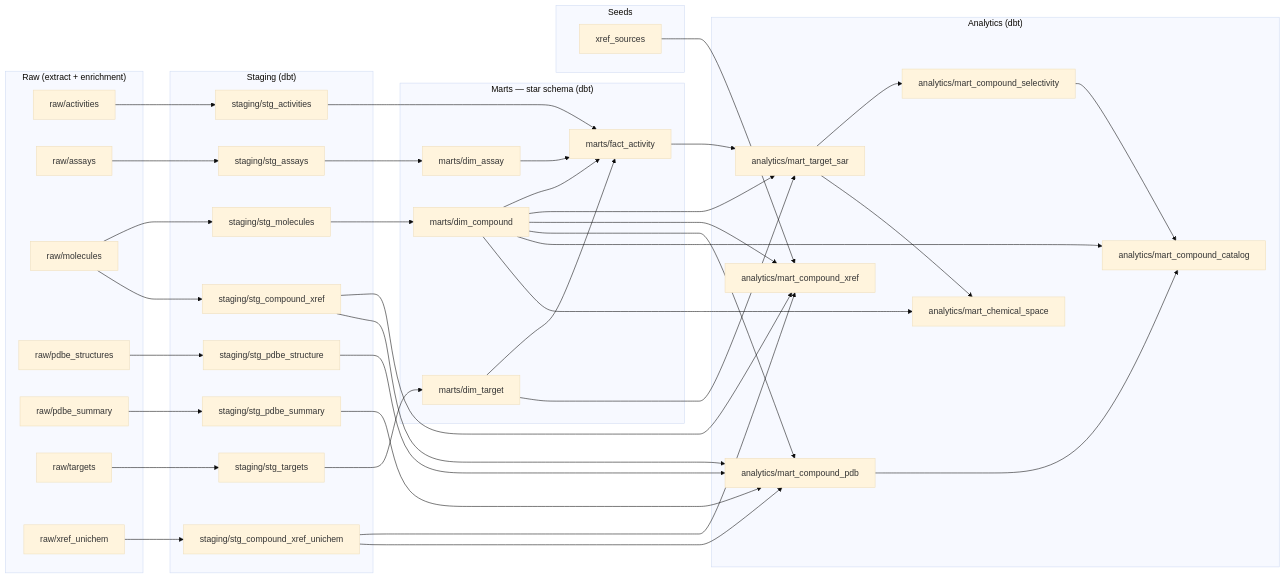
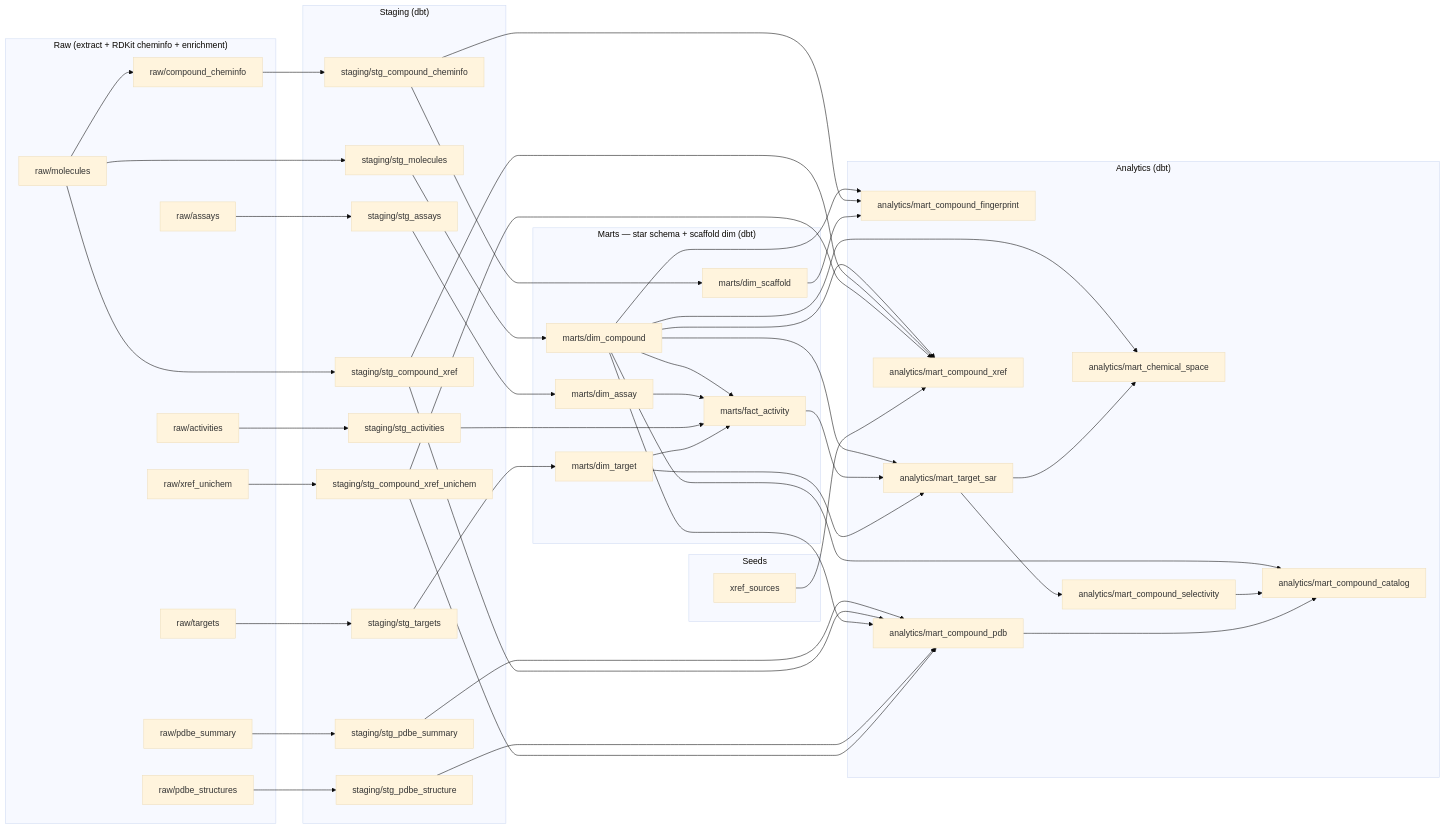
The diagram in docs/ORCHESTRATION.md (Knusperftw/SARVault), drawn with Mermaid (base theme) before and after one commit. The commit also changed 15 other files, not shown here.

Commit message:
feat(cheminfo): RDKit ECFP4 + Murcko scaffold stage; dim_scaffold + mart_compound_fingerprint

````diff
--- a/docs/ORCHESTRATION.md
+++ b/docs/ORCHESTRATION.md
@@ -20,72 +20,82 @@
 ```mermaid
 flowchart LR
-  subgraph raw["Raw (extract + enrichment)"]
+  subgraph raw["Raw (extract + RDKit cheminfo + enrichment)"]
     raw_activities["raw/activities"]
     raw_assays["raw/assays"]
+    raw_compound_cheminfo["raw/compound_cheminfo"]
     raw_molecules["raw/molecules"]
     raw_pdbe_structures["raw/pdbe_structures"]
     raw_pdbe_summary["raw/pdbe_summary"]
     raw_targets["raw/targets"]
     raw_xref_unichem["raw/xref_unichem"]
   end
   subgraph staging["Staging (dbt)"]
     staging_stg_activities["staging/stg_activities"]
     staging_stg_assays["staging/stg_assays"]
+    staging_stg_compound_cheminfo["staging/stg_compound_cheminfo"]
     staging_stg_compound_xref["staging/stg_compound_xref"]
     staging_stg_compound_xref_unichem["staging/stg_compound_xref_unichem"]
     staging_stg_molecules["staging/stg_molecules"]
     staging_stg_pdbe_structure["staging/stg_pdbe_structure"]
     staging_stg_pdbe_summary["staging/stg_pdbe_summary"]
     staging_stg_targets["staging/stg_targets"]
   end
-  subgraph marts["Marts — star schema (dbt)"]
+  subgraph marts["Marts — star schema + scaffold dim (dbt)"]
     marts_dim_assay["marts/dim_assay"]
     marts_dim_compound["marts/dim_compound"]
+    marts_dim_scaffold["marts/dim_scaffold"]
     marts_dim_target["marts/dim_target"]
     marts_fact_activity["marts/fact_activity"]
   end
   subgraph analytics["Analytics (dbt)"]
     analytics_mart_chemical_space["analytics/mart_chemical_space"]
     analytics_mart_compound_catalog["analytics/mart_compound_catalog"]
+    analytics_mart_compound_fingerprint["analytics/mart_compound_fingerprint"]
     analytics_mart_compound_pdb["analytics/mart_compound_pdb"]
     analytics_mart_compound_selectivity["analytics/mart_compound_selectivity"]
     analytics_mart_compound_xref["analytics/mart_compound_xref"]
     analytics_mart_target_sar["analytics/mart_target_sar"]
   end
   subgraph seed["Seeds"]
     xref_sources["xref_sources"]
   end
   marts_dim_compound --> analytics_mart_chemical_space
   analytics_mart_target_sar --> analytics_mart_chemical_space
   marts_dim_compound --> analytics_mart_compound_catalog
   analytics_mart_compound_selectivity --> analytics_mart_compound_catalog
   analytics_mart_compound_pdb --> analytics_mart_compound_catalog
-  staging_stg_compound_xref_unichem --> analytics_mart_compound_pdb
+  marts_dim_compound --> analytics_mart_compound_fingerprint
+  staging_stg_compound_cheminfo --> analytics_mart_compound_fingerprint
+  marts_dim_scaffold --> analytics_mart_compound_fingerprint
   staging_stg_pdbe_summary --> analytics_mart_compound_pdb
+  staging_stg_compound_xref --> analytics_mart_compound_pdb
   marts_dim_compound --> analytics_mart_compound_pdb
   staging_stg_pdbe_structure --> analytics_mart_compound_pdb
-  staging_stg_compound_xref --> analytics_mart_compound_pdb
+  staging_stg_compound_xref_unichem --> analytics_mart_compound_pdb
   analytics_mart_target_sar --> analytics_mart_compound_selectivity
   marts_dim_compound --> analytics_mart_compound_xref
+  staging_stg_compound_xref --> analytics_mart_compound_xref
+  staging_stg_compound_xref_unichem --> analytics_mart_compound_xref
   xref_sources --> analytics_mart_compound_xref
-  staging_stg_compound_xref_unichem --> analytics_mart_compound_xref
-  staging_stg_compound_xref --> analytics_mart_compound_xref
-  marts_dim_target --> analytics_mart_target_sar
   marts_dim_compound --> analytics_mart_target_sar
   marts_fact_activity --> analytics_mart_target_sar
+  marts_dim_target --> analytics_mart_target_sar
   staging_stg_assays --> marts_dim_assay
   staging_stg_molecules --> marts_dim_compound
+  staging_stg_compound_cheminfo --> marts_dim_scaffold
   staging_stg_targets --> marts_dim_target
+  marts_dim_compound --> marts_fact_activity
   marts_dim_assay --> marts_fact_activity
   staging_stg_activities --> marts_fact_activity
   marts_dim_target --> marts_fact_activity
-  marts_dim_compound --> marts_fact_activity
+  raw_molecules --> raw_compound_cheminfo
   raw_activities --> staging_stg_activities
   raw_assays --> staging_stg_assays
+  raw_compound_cheminfo --> staging_stg_compound_cheminfo
   raw_molecules --> staging_stg_compound_xref
   raw_xref_unichem --> staging_stg_compound_xref_unichem
   raw_molecules --> staging_stg_molecules
   raw_pdbe_structures --> staging_stg_pdbe_structure
   raw_pdbe_summary --> staging_stg_pdbe_summary
   raw_targets --> staging_stg_targets
 ```
````
